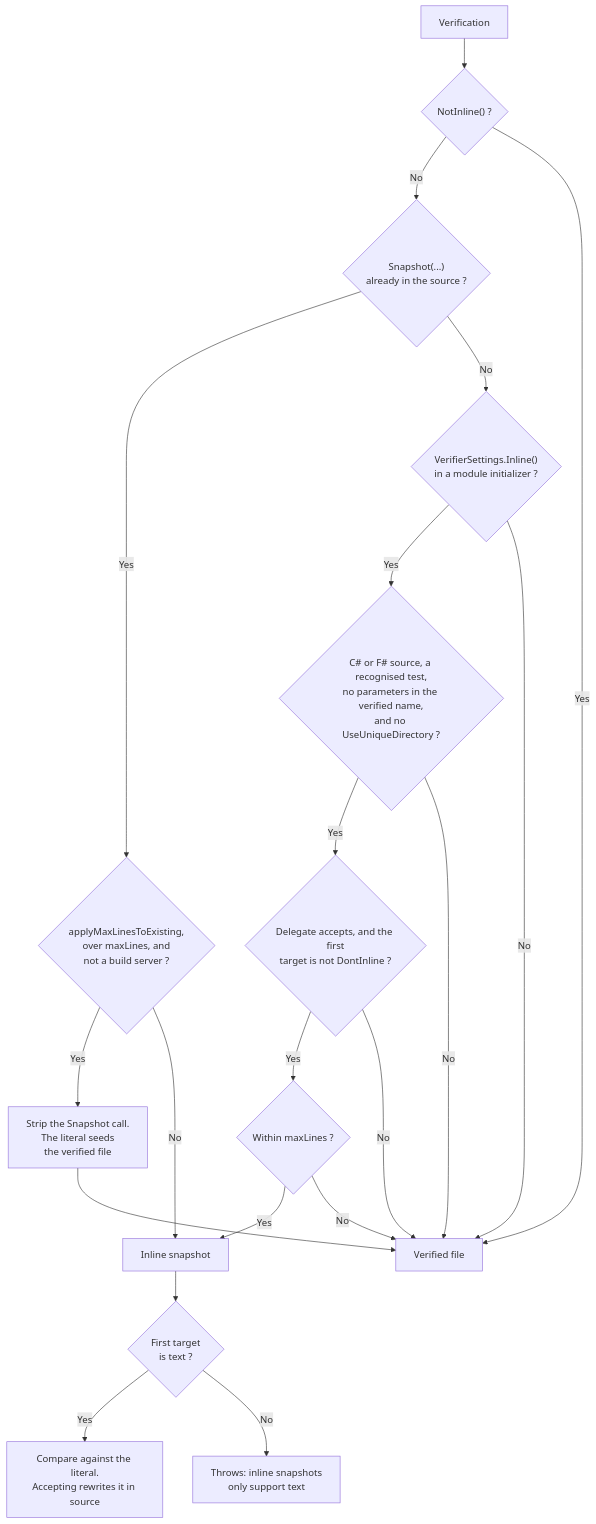
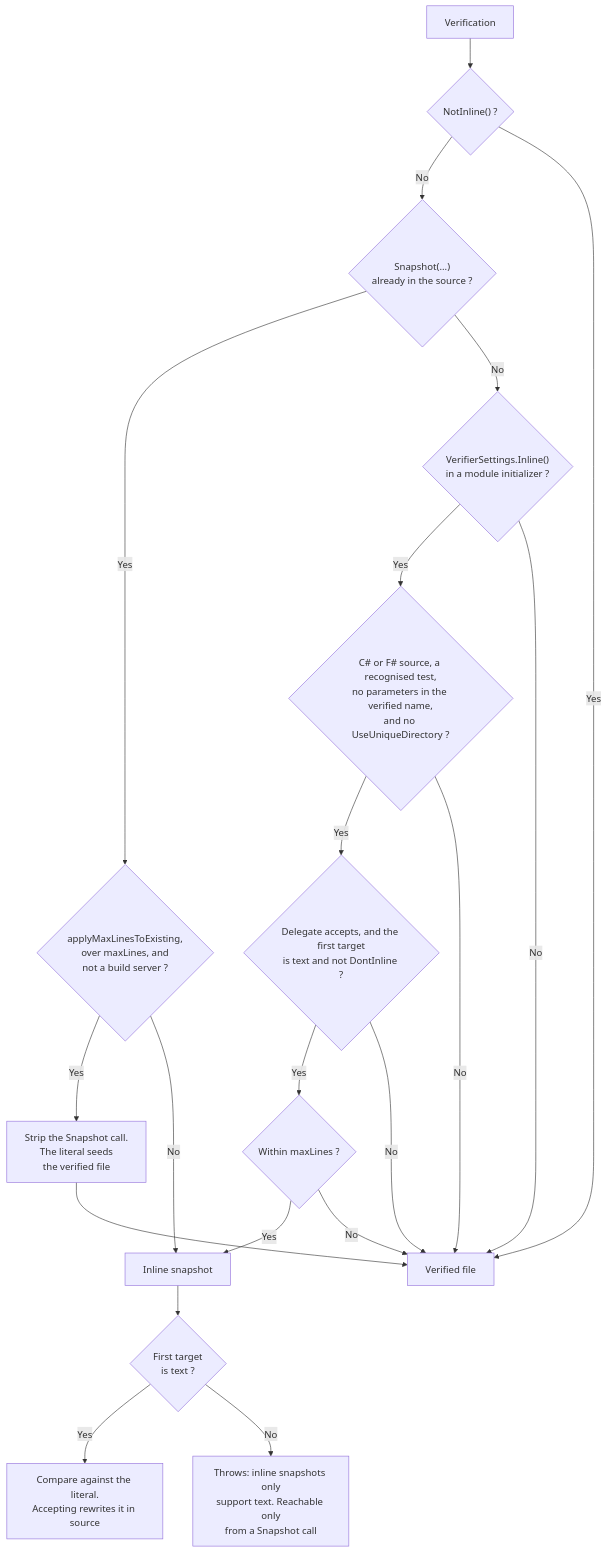
One commit to VerifyTests/Verify changed the diagram in docs/inline-snapshots.md. Above: the diagram before and after it, drawn with Mermaid. The commit also changed other lines of this file and 7 other files, not shown here.

First line of the commit message:
Global inline switch declines a binary first target

````diff
--- a/docs/inline-snapshots.md
+++ b/docs/inline-snapshots.md
@@ -225,48 +225,48 @@
 ```mermaid
 graph TD
 start["Verification"]
 notInline{"NotInline() ?"}
 start-->notInline
 
 literal{"Snapshot(...)<br/>already in the source ?"}
 notInline-- No -->literal
 
 existing{"applyMaxLinesToExisting,<br/>over maxLines, and<br/>not a build server ?"}
 literal-- Yes -->existing
 
 migrate["Strip the Snapshot call.<br/>The literal seeds<br/>the verified file"]
 existing-- Yes -->migrate
 
 globalSwitch{"VerifierSettings.Inline()<br/>in a module initializer ?"}
 literal-- No -->globalSwitch
 
 compatible{"C# or F# source, a recognised test,<br/>no parameters in the verified name,<br/>and no UseUniqueDirectory ?"}
 globalSwitch-- Yes -->compatible
 
-accepted{"Delegate accepts, and the first<br/>target is not DontInline ?"}
+accepted{"Delegate accepts, and the first target<br/>is text and not DontInline ?"}
 compatible-- Yes -->accepted
 
 within{"Within maxLines ?"}
 accepted-- Yes -->within
 
 inline["Inline snapshot"]
 within-- Yes -->inline
 existing-- No -->inline
 
 isText{"First target<br/>is text ?"}
 inline-->isText
 
 compare["Compare against the literal.<br/>Accepting rewrites it in source"]
 isText-- Yes -->compare
 
-throws["Throws: inline snapshots<br/>only support text"]
+throws["Throws: inline snapshots only<br/>support text. Reachable only<br/>from a Snapshot call"]
 isText-- No -->throws
 
 file["Verified file"]
 notInline-- Yes -->file
 migrate-->file
 globalSwitch-- No -->file
 compatible-- No -->file
 accepted-- No -->file
 within-- No -->file
 ```
````
